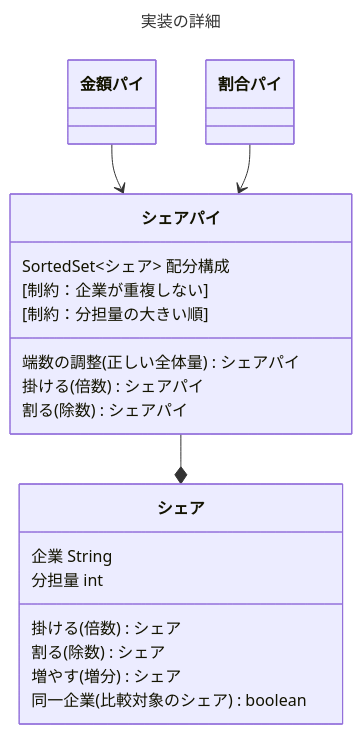
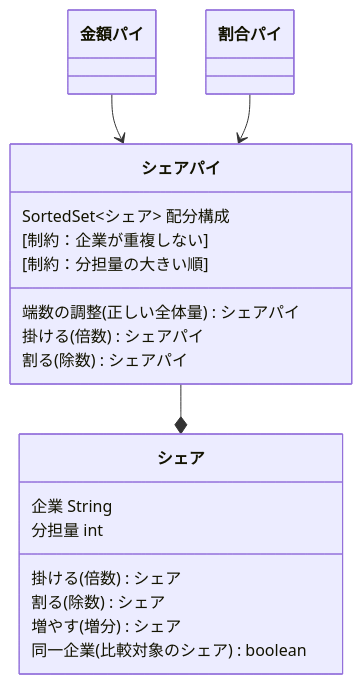
Before and after one commit to masuda220/business-logic-patterns: the diagram in src/main/java/com/example/domain/model/jjugccc2024/advanced/proportion/実装の詳細.mmd, drawn with Mermaid. The commit also changed 9 other files, not shown here.

```diff
--- a/src/main/java/com/example/domain/model/jjugccc2024/advanced/proportion/実装の詳細.mmd
+++ b/src/main/java/com/example/domain/model/jjugccc2024/advanced/proportion/実装の詳細.mmd
@@ -1,25 +1,22 @@
----
-title: 実装の詳細
----
 classDiagram
     金額パイ --> SharePie
     割合パイ --> SharePie
     SharePie --* シェア
 
     class SharePie["シェアパイ"] {
         SortedSet~シェア~ 配分構成
         [制約：企業が重複しない]
         [制約：分担量の大きい順]
         端数の調整(正しい全体量) シェアパイ
         掛ける(倍数) シェアパイ
         割る(除数) シェアパイ
     }
 
     class シェア {
         企業 String
         分担量 int
         掛ける(倍数) シェア
         割る(除数) シェア
         増やす(増分) シェア
         同一企業(比較対象のシェア) boolean
     }
```
